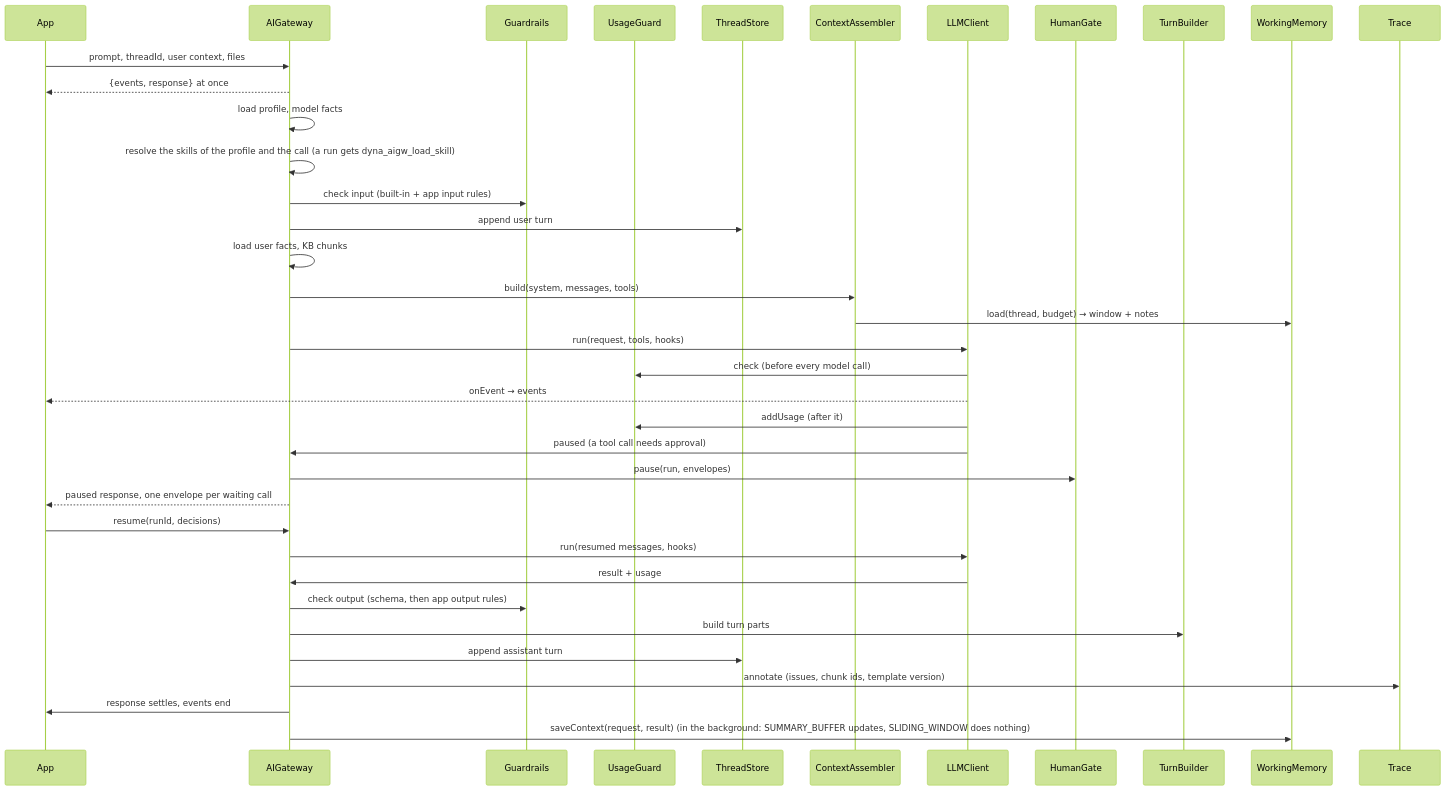
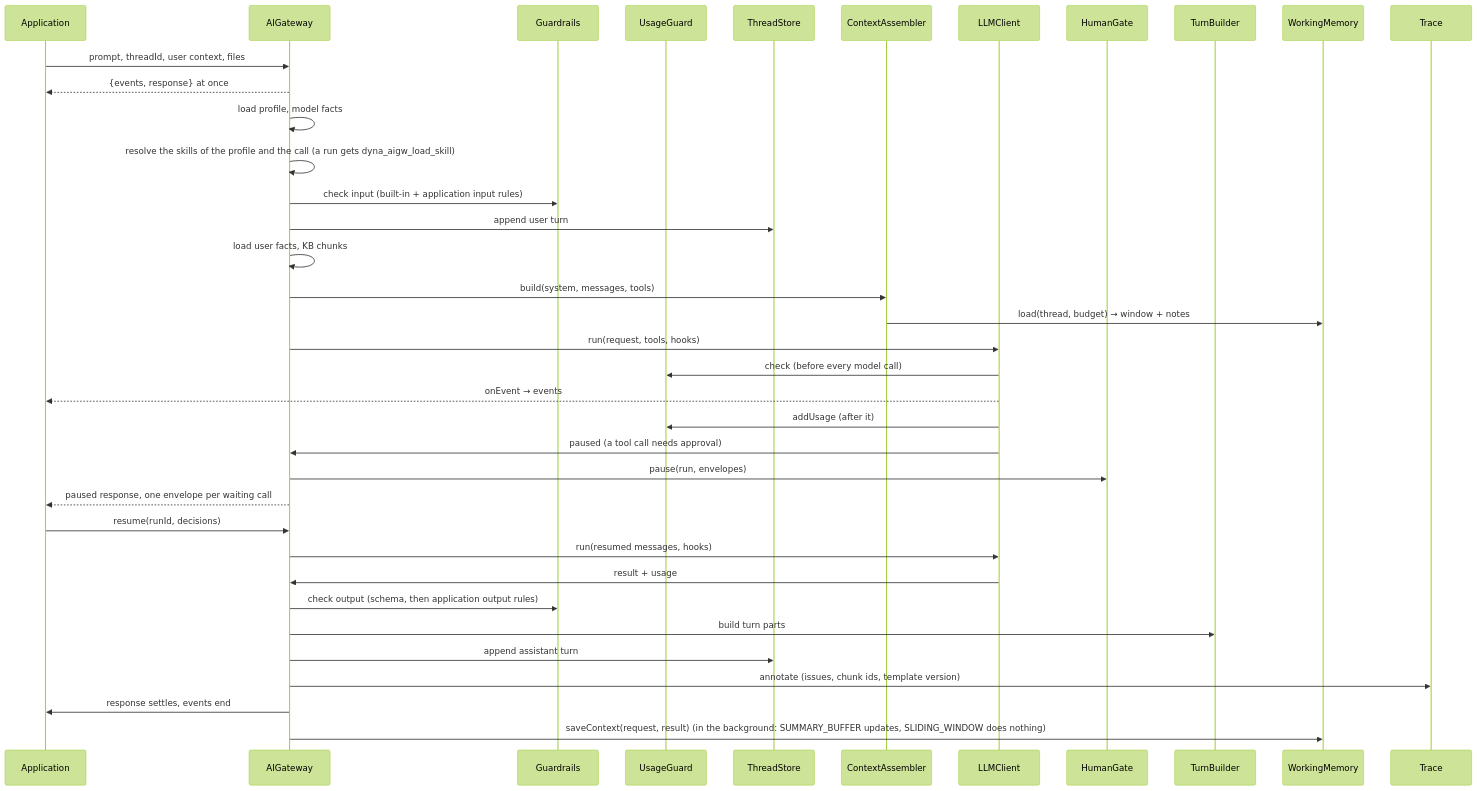
The third of 3 diagrams in docs/60-architecture/10-architecture-and-trade-offs.md (aneldev/dyna-ai-gateway), drawn with Mermaid (forest theme) before and after one commit. The commit also changed other lines of this file and 4 other files, not shown here.

First line of the commit message:
DAIG-40113 (feat: Architecture docs) dev: Architecture pages say "application", never "host" or "app"

````diff
--- a/docs/60-architecture/10-architecture-and-trade-offs.md
+++ b/docs/60-architecture/10-architecture-and-trade-offs.md
@@ -228,40 +228,40 @@
 ```mermaid
 sequenceDiagram
-  participant App
+  participant App as Application
   participant GW as AIGateway
   participant GR as Guardrails
   participant UG as UsageGuard
   participant TS as ThreadStore
   participant CA as ContextAssembler
   participant DR as LLMClient
   participant HG as HumanGate
   participant TB as TurnBuilder
   participant WM as WorkingMemory
   participant TRC as Trace
 
   App->>GW: prompt, threadId, user context, files
   GW-->>App: {events, response} at once
   GW->>GW: load profile, model facts
   GW->>GW: resolve the skills of the profile and the call (a run gets dyna_aigw_load_skill)
-  GW->>GR: check input (built-in + app input rules)
+  GW->>GR: check input (built-in + application input rules)
   GW->>TS: append user turn
   GW->>GW: load user facts, KB chunks
   GW->>CA: build(system, messages, tools)
   CA->>WM: load(thread, budget) → window + notes
   GW->>DR: run(request, tools, hooks)
   DR->>UG: check (before every model call)
   DR-->>App: onEvent → events
   DR->>UG: addUsage (after it)
   DR->>GW: paused (a tool call needs approval)
   GW->>HG: pause(run, envelopes)
   GW-->>App: paused response, one envelope per waiting call
   App->>GW: resume(runId, decisions)
   GW->>DR: run(resumed messages, hooks)
   DR->>GW: result + usage
-  GW->>GR: check output (schema, then app output rules)
+  GW->>GR: check output (schema, then application output rules)
   GW->>TB: build turn parts
   GW->>TS: append assistant turn
   GW->>TRC: annotate (issues, chunk ids, template version)
   GW->>App: response settles, events end
   GW->>WM: saveContext(request, result) (in the background: SUMMARY_BUFFER updates, SLIDING_WINDOW does nothing)
 ```
````
